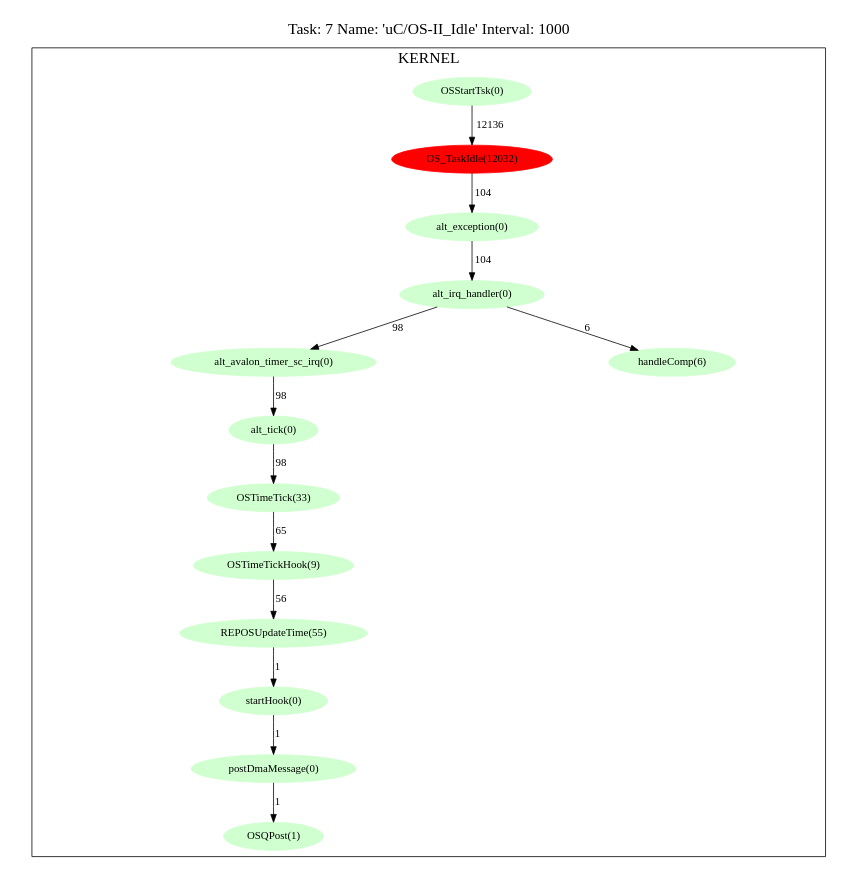
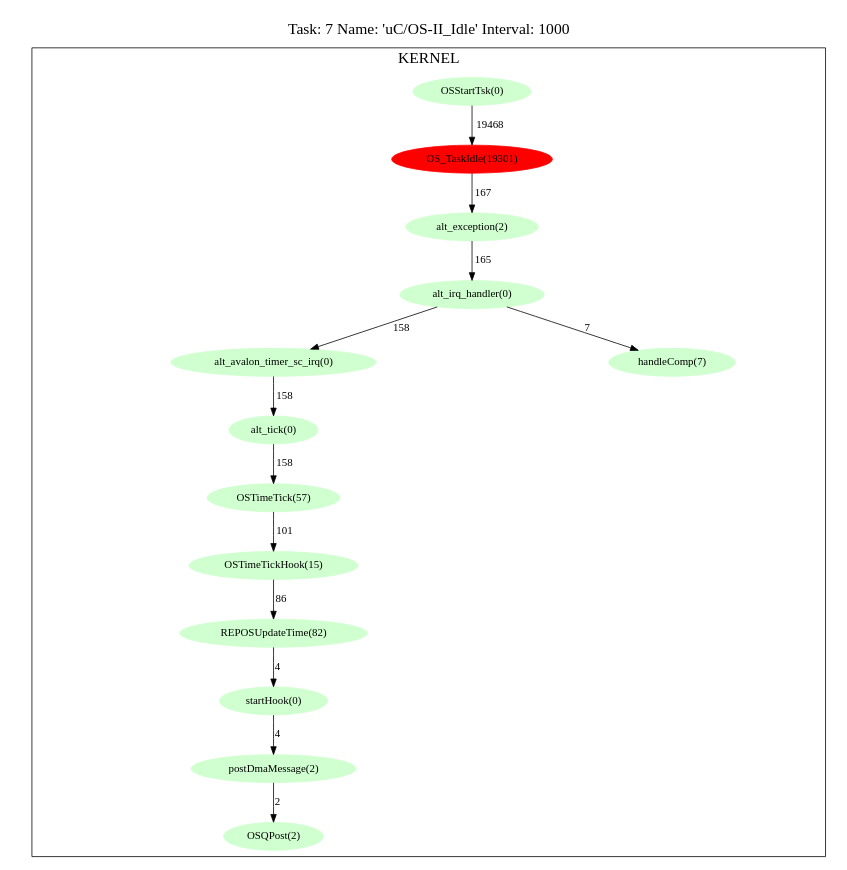
Before and after one commit to jcaplan/fingerprinting: the diagram in ovp_platform/platform_2_tlb/7.uC-OS-II_Idle.cpum.dot, drawn with Graphviz. The commit also changed 236 other files, not shown here.

```diff
--- a/ovp_platform/platform_2_tlb/7.uC-OS-II_Idle.cpum.dot
+++ b/ovp_platform/platform_2_tlb/7.uC-OS-II_Idle.cpum.dot
@@ -1,49 +1,49 @@
 digraph prof {
   size="6,6";
   ratio = fill;
   fontsize = "20";
   node [style=filled];
   labelloc = "t";
   label = "Task: 7 Name: 'uC/OS-II_Idle' Interval: 1000";
   subgraph cluster_kernel {
     label = "KERNEL";
-    "F2" [label = "alt_exception(0)"];
-    "F2" -> "F3" [label = 104];
+    "F2" [label = "alt_exception(2)"];
+    "F2" -> "F3" [label = 165];
     "F3" [label = "alt_irq_handler(0)"];
-    "F3" -> "F4" [label = 98];
-    "F3" -> "F12" [label = 6];
-    "F12" [label = "handleComp(6)"];
+    "F3" -> "F4" [label = 158];
+    "F3" -> "F12" [label = 7];
+    "F12" [label = "handleComp(7)"];
     "F9" [label = "startHook(0)"];
-    "F9" -> "F10" [label = 1];
-    "F6" [label = "OSTimeTick(33)"];
-    "F6" -> "F7" [label = 65];
-    "F1" [label = "OS_TaskIdle(12032)"];
-    "F1" -> "F2" [label = 104];
-    "F11" [label = "OSQPost(1)"];
+    "F9" -> "F10" [label = 4];
+    "F6" [label = "OSTimeTick(57)"];
+    "F6" -> "F7" [label = 101];
+    "F1" [label = "OS_TaskIdle(19301)"];
+    "F1" -> "F2" [label = 167];
+    "F11" [label = "OSQPost(2)"];
     "F4" [label = "alt_avalon_timer_sc_irq(0)"];
-    "F4" -> "F5" [label = 98];
-    "F10" [label = "postDmaMessage(0)"];
-    "F10" -> "F11" [label = 1];
-    "F8" [label = "REPOSUpdateTime(55)"];
-    "F8" -> "F9" [label = 1];
+    "F4" -> "F5" [label = 158];
+    "F10" [label = "postDmaMessage(2)"];
+    "F10" -> "F11" [label = 2];
+    "F8" [label = "REPOSUpdateTime(82)"];
+    "F8" -> "F9" [label = 4];
     "F5" [label = "alt_tick(0)"];
-    "F5" -> "F6" [label = 98];
+    "F5" -> "F6" [label = 158];
     "F0" [label = "OSStartTsk(0)"];
-    "F0" -> "F1" [label = 12136];
-    "F7" [label = "OSTimeTickHook(9)"];
-    "F7" -> "F8" [label = 56];
+    "F0" -> "F1" [label = 19468];
+    "F7" [label = "OSTimeTickHook(15)"];
+    "F7" -> "F8" [label = 86];
     "F2" [color="#d0ffd0"];
     "F3" [color="#d0ffd0"];
     "F12" [color="#d0ffd0"];
     "F9" [color="#d0ffd0"];
     "F6" [color="#d0ffd0"];
     "F1" [color="#ff0000"];
     "F11" [color="#d0ffd0"];
     "F4" [color="#d0ffd0"];
     "F10" [color="#d0ffd0"];
     "F8" [color="#d0ffd0"];
     "F5" [color="#d0ffd0"];
     "F0" [color="#d0ffd0"];
     "F7" [color="#d0ffd0"];
   }
 }
```
